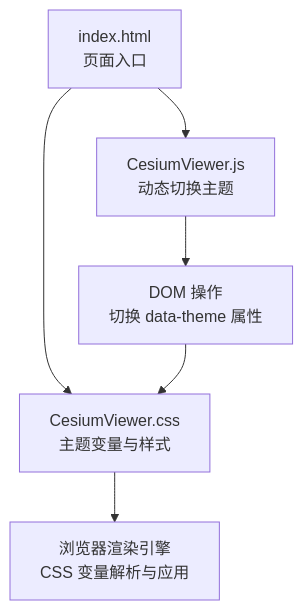
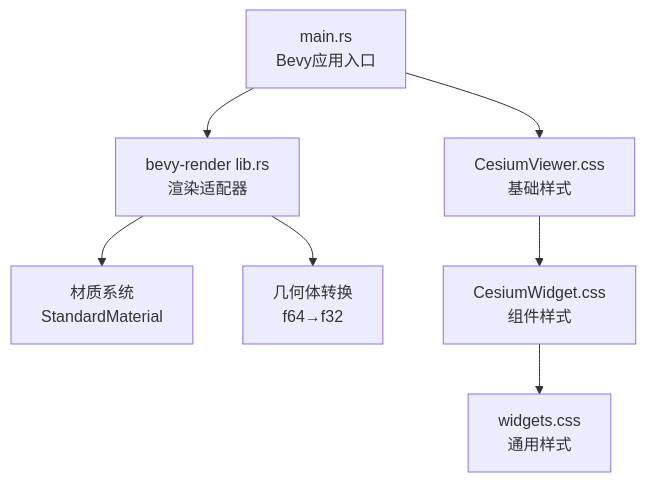
Before and after one commit to rzhangjing/cesium: the first of 3 diagrams in .qoder/repowiki/zh/content/UI组件库/主题定制.md, drawn with Mermaid. The commit also changed other lines of this file and 57 other files, not shown here.

````diff
--- a/.qoder/repowiki/zh/content/UI组件库/主题定制.md
+++ b/.qoder/repowiki/zh/content/UI组件库/主题定制.md
@@ -35,8 +46,9 @@
 ```mermaid
 graph TB
-A["index.html<br/>页面入口"] --> B["CesiumViewer.css<br/>主题变量与样式"]
-A --> C["CesiumViewer.js<br/>动态切换主题"]
-B --> D["浏览器渲染引擎<br/>CSS 变量解析与应用"]
-C --> E["DOM 操作<br/>切换 data-theme 属性"]
-E --> B
+A["main.rs<br/>Bevy应用入口"] --> B["bevy-render lib.rs<br/>渲染适配器"]
+B --> C["材质系统<br/>StandardMaterial"]
+B --> D["几何体转换<br/>f64→f32"]
+A --> E["CesiumViewer.css<br/>基础样式"]
+E --> F["CesiumWidget.css<br/>组件样式"]
+F --> G["widgets.css<br/>通用样式"]
 ```
````
